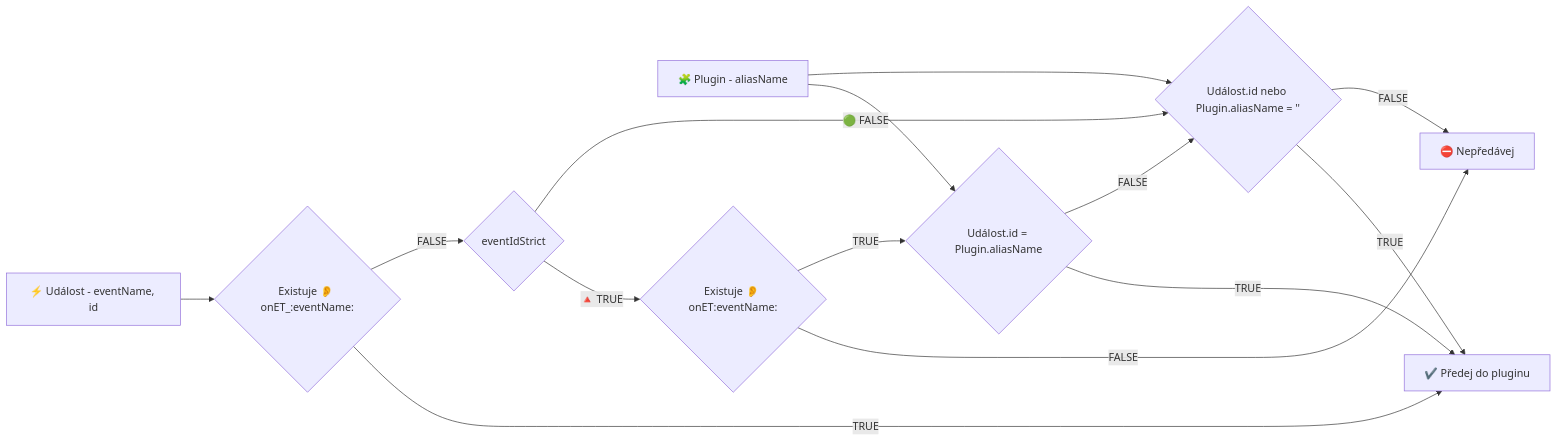
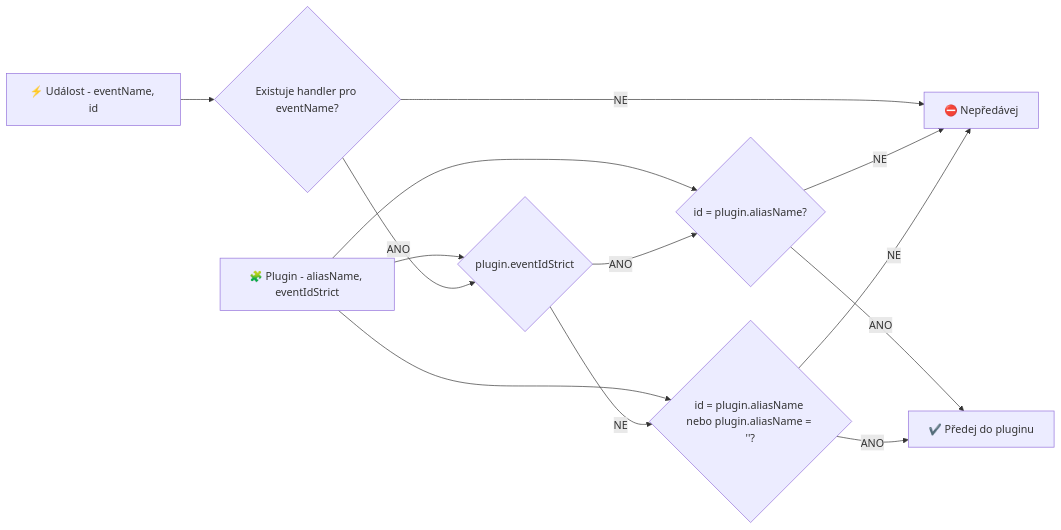
Before and after one commit to HelpViewer/helpDevelop: the diagram in cs/eventFilter.md, drawn with Mermaid. The commit also changed other lines of this file, not shown here.

Commit message:
CZ : eventFilter : graph minification

````diff
--- a/cs/eventFilter.md
+++ b/cs/eventFilter.md
@@ -21,18 +26,17 @@
 ```mermaid
 flowchart LR
-  Event[⚡ Událost - eventName, id] --> Check1
-  Plugin[🧩 Plugin - aliasName] --> Check4
-  Plugin --> Check5
-  Check1{Existuje 👂 onET_:eventName:} -->|TRUE| EndY
-  Check1 -->|FALSE| Check2
-  Check2{eventIdStrict} -->|🔺 TRUE| Check3
-  Check2 -->|🟢 FALSE| Check5
-  Check3{Existuje 👂 onET:eventName:} -->|FALSE| EndN
-  Check3 -->|TRUE| Check4
-  Check4{Událost.id = Plugin.aliasName} -->|TRUE| EndY
-  Check4 -->|FALSE| Check5
-  Check5{Událost.id nebo Plugin.aliasName = ''} -->|TRUE| EndY
-  Check5 -->|FALSE| EndN
+  Event[⚡ Událost - eventName, id] --> CheckHandler
+  Plugin[🧩 Plugin - aliasName, eventIdStrict] --> CheckIdRelaxed
+  Plugin --> CheckIdStrict
+  Plugin --> CheckStrict
+  CheckHandler{Existuje handler pro eventName?} -->|NE| EndN
+  CheckHandler -->|ANO| CheckStrict
+  CheckStrict{plugin.eventIdStrict} -->|ANO| CheckIdStrict
+  CheckStrict -->|NE| CheckIdRelaxed
+  CheckIdStrict{id = plugin.aliasName?} -->|ANO| EndY
+  CheckIdStrict -->|NE| EndN
+  CheckIdRelaxed{id = plugin.aliasName nebo plugin.aliasName = ''?} -->|ANO| EndY
+  CheckIdRelaxed -->|NE| EndN
   EndY[✔️ Předej do pluginu]
   EndN[⛔ Nepředávej]
 ```
````
